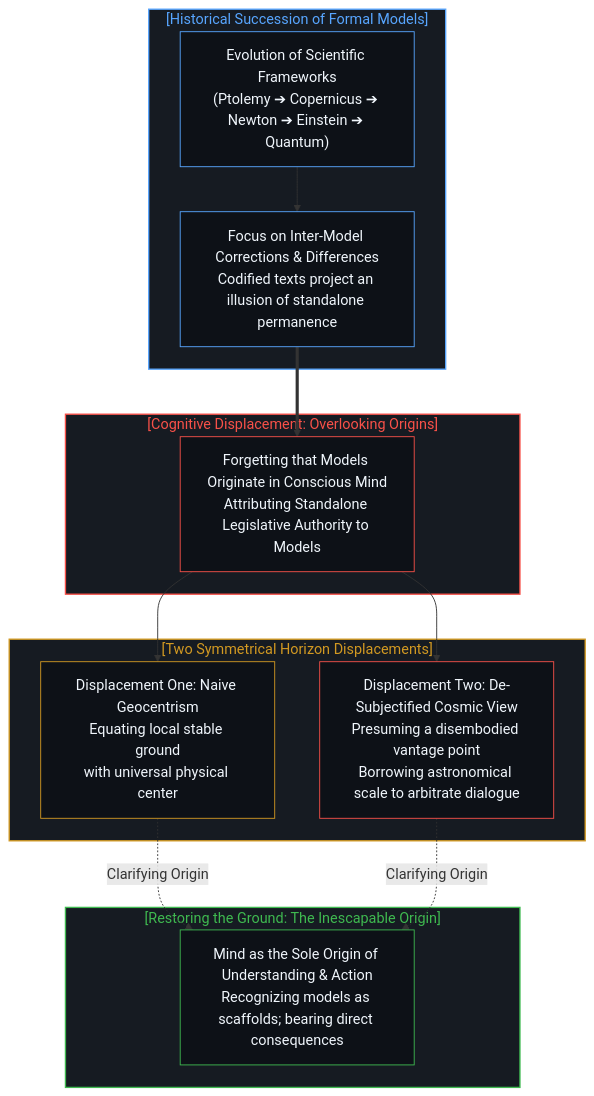
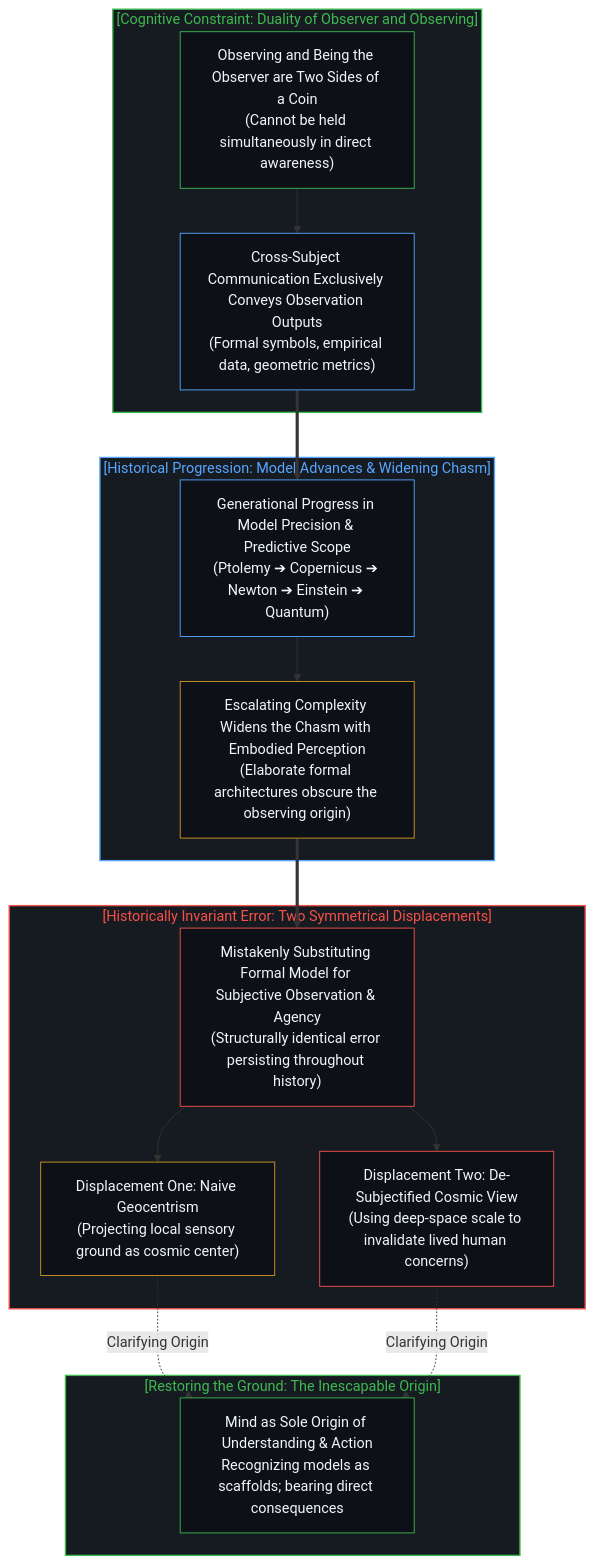
The sixth of 8 diagrams in content/posts/one-cannot-escape-ones-own-mind.md (powerpig99/not-a-toe), drawn with Mermaid before and after one commit. The commit also changed other lines of this file and 2 other files, not shown here.

Commit message:
Refine Post #332 Section 3: Observer duality, intersubjective communication constraints, progress of models, and widening perceptual chasm

````diff
--- a/content/posts/one-cannot-escape-ones-own-mind.md
+++ b/content/posts/one-cannot-escape-ones-own-mind.md
@@ -234,38 +244,44 @@
 ```mermaid
 flowchart TD
-    subgraph S_HistoricalEvolution_EN ["[Historical Succession of Formal Models]"]
-        HE1["Evolution of Scientific Frameworks<br/>(Ptolemy ➔ Copernicus ➔ Newton ➔ Einstein ➔ Quantum)"]
-        HE2["Focus on Inter-Model Corrections & Differences<br/>Codified texts project an illusion of standalone permanence"]
-        HE1 --> HE2
+    subgraph S_CognitiveConstraint_EN ["[Cognitive Constraint: Duality of Observer and Observing]"]
+        DE1["Observing and Being the Observer are Two Sides of a Coin<br/>(Cannot be held simultaneously in direct awareness)"]
+        DE2["Cross-Subject Communication Exclusively Conveys Observation Outputs<br/>(Formal symbols, empirical data, geometric metrics)"]
+        DE1 --> DE2
     end
 
-    subgraph S_Amnesia_EN ["[Cognitive Displacement: Overlooking Origins]"]
-        AE1["Forgetting that Models Originate in Conscious Mind<br/>Attributing Standalone Legislative Authority to Models"]
+    subgraph S_HistoricalProgress_EN ["[Historical Progression: Model Advances & Widening Chasm]"]
+        PE1["Generational Progress in Model Precision & Predictive Scope<br/>(Ptolemy ➔ Copernicus ➔ Newton ➔ Einstein ➔ Quantum)"]
+        PE2["Escalating Complexity Widens the Chasm with Embodied Perception<br/>(Elaborate formal architectures obscure the observing origin)"]
+        PE1 --> PE2
     end
 
-    subgraph S_TwoTraps_EN ["[Two Symmetrical Horizon Displacements]"]
-        TE1["Displacement One: Naive Geocentrism<br/>Equating local stable ground<br/>with universal physical center"]
-        TE2["Displacement Two: De-Subjectified Cosmic View<br/>Presuming a disembodied vantage point<br/>Borrowing astronomical scale to arbitrate dialogue"]
+    subgraph S_InvariantError_EN ["[Historically Invariant Error: Two Symmetrical Displacements]"]
+        EE1["Mistakenly Substituting Formal Model for Subjective Observation & Agency<br/>(Structurally identical error persisting throughout history)"]
+        TE1["Displacement One: Naive Geocentrism<br/>(Projecting local sensory ground as cosmic center)"]
+        TE2["Displacement Two: De-Subjectified Cosmic View<br/>(Using deep-space scale to invalidate lived human concerns)"]
+        EE1 --> TE1
+        EE1 --> TE2
     end
 
     subgraph S_SovereignReturn_EN ["[Restoring the Ground: The Inescapable Origin]"]
-        SRE1["Mind as the Sole Origin of Understanding & Action<br/>Recognizing models as scaffolds; bearing direct consequences"]
+        SRE1["Mind as Sole Origin of Understanding & Action<br/>Recognizing models as scaffolds; bearing direct consequences"]
     end
 
-    HE2 ==> AE1
-    AE1 --> TE1
-    AE1 --> TE2
+    DE2 ==> PE1
+    PE2 ==> EE1
     TE1 -.->|"Clarifying Origin"| SRE1
     TE2 -.->|"Clarifying Origin"| SRE1
 
-    style S_HistoricalEvolution_EN fill:#161b22,stroke:#58a6ff,stroke-width:1.5px,color:#58a6ff
-    style S_Amnesia_EN fill:#161b22,stroke:#f85149,stroke-width:1.5px,color:#f85149
-    style S_TwoTraps_EN fill:#161b22,stroke:#d29922,stroke-width:1.5px,color:#d29922
+    style S_CognitiveConstraint_EN fill:#161b22,stroke:#3fb950,stroke-width:1.5px,color:#3fb950
+    style S_HistoricalProgress_EN fill:#161b22,stroke:#58a6ff,stroke-width:1.5px,color:#58a6ff
+    style S_InvariantError_EN fill:#161b22,stroke:#f85149,stroke-width:1.5px,color:#f85149
     style S_SovereignReturn_EN fill:#161b22,stroke:#3fb950,stroke-width:1.5px,color:#3fb950
-    style HE1 fill:#0d1117,stroke:#58a6ff,stroke-width:1px,color:#f0f6fc
-    style HE2 fill:#0d1117,stroke:#58a6ff,stroke-width:1px,color:#f0f6fc
-    style AE1 fill:#0d1117,stroke:#f85149,stroke-width:1px,color:#f0f6fc
+    style DE1 fill:#0d1117,stroke:#3fb950,stroke-width:1px,color:#f0f6fc
+    style DE2 fill:#0d1117,stroke:#58a6ff,stroke-width:1px,color:#f0f6fc
+    style PE1 fill:#0d1117,stroke:#58a6ff,stroke-width:1px,color:#f0f6fc
+    style PE2 fill:#0d1117,stroke:#d29922,stroke-width:1px,color:#f0f6fc
+    style EE1 fill:#0d1117,stroke:#f85149,stroke-width:1px,color:#f0f6fc
     style TE1 fill:#0d1117,stroke:#d29922,stroke-width:1px,color:#f0f6fc
     style TE2 fill:#0d1117,stroke:#f85149,stroke-width:1px,color:#f0f6fc
     style SRE1 fill:#0d1117,stroke:#3fb950,stroke-width:1px,color:#f0f6fc
 ```
````
